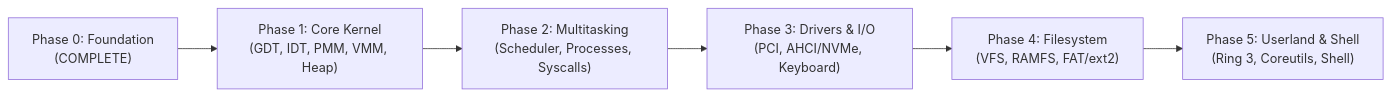
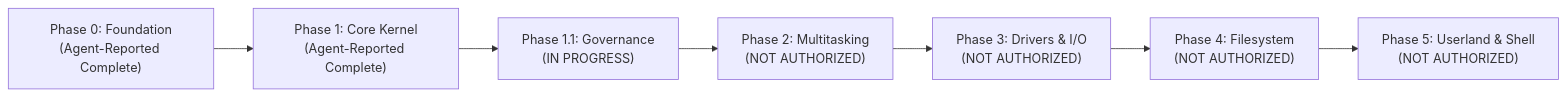
The diagram in docs/ROADMAP.md (leevawn131/zig-os), drawn with Mermaid before and after one commit. The commit also changed other lines of this file and 17 other files, not shown here.

Commit message:
docs(governance): establish Phase 1.1 engineering governance, rules, and ADRs

````diff
--- a/docs/ROADMAP.md
+++ b/docs/ROADMAP.md
@@ -3,8 +3,9 @@
 ```mermaid
 flowchart LR
-    P0["Phase 0: Foundation<br/>(COMPLETE)"] --> P1["Phase 1: Core Kernel<br/>(GDT, IDT, PMM, VMM, Heap)"]
-    P1 --> P2["Phase 2: Multitasking<br/>(Scheduler, Processes, Syscalls)"]
-    P2 --> P3["Phase 3: Drivers & I/O<br/>(PCI, AHCI/NVMe, Keyboard)"]
-    P3 --> P4["Phase 4: Filesystem<br/>(VFS, RAMFS, FAT/ext2)"]
-    P4 --> P5["Phase 5: Userland & Shell<br/>(Ring 3, Coreutils, Shell)"]
+    P0["Phase 0: Foundation<br/>(Agent-Reported Complete)"] --> P1["Phase 1: Core Kernel<br/>(Agent-Reported Complete)"]
+    P1 --> P11["Phase 1.1: Governance<br/>(IN PROGRESS)"]
+    P11 --> P2["Phase 2: Multitasking<br/>(NOT AUTHORIZED)"]
+    P2 --> P3["Phase 3: Drivers & I/O<br/>(NOT AUTHORIZED)"]
+    P3 --> P4["Phase 4: Filesystem<br/>(NOT AUTHORIZED)"]
+    P4 --> P5["Phase 5: Userland & Shell<br/>(NOT AUTHORIZED)"]
 ```
````
